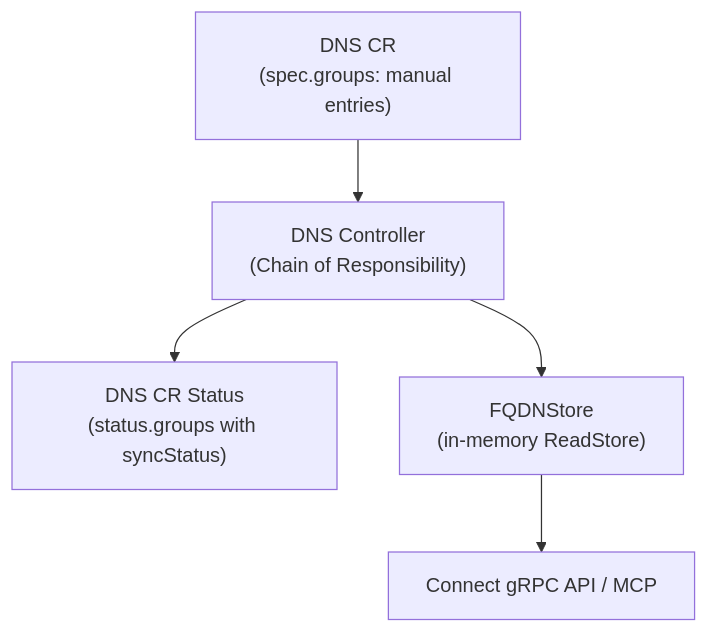
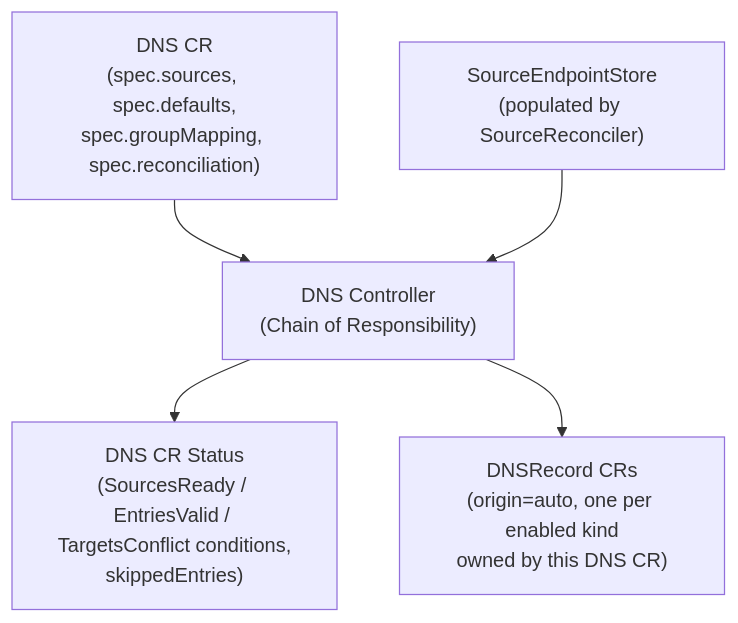
The first of 2 diagrams in docs/content/docs/flows/dns-controller.md (golgoth31/sreportal), drawn with Mermaid before and after one commit. The commit also changed other lines of this file and 4 other files, not shown here.

First line of the commit message:
docs: update configuration and DNS/DNSRecord flows for v1alpha2 architecture (#335)

````diff
--- a/docs/content/docs/flows/dns-controller.md
+++ b/docs/content/docs/flows/dns-controller.md
@@ -10,7 +10,7 @@
 ```mermaid
 flowchart TD
-    DNS["DNS CR\n(spec.groups: manual entries)"] --> Chain["DNS Controller\n(Chain of Responsibility)"]
-    Chain --> Status["DNS CR Status\n(status.groups with syncStatus)"]
-    Chain --> Store["FQDNStore\n(in-memory ReadStore)"]
-    Store --> API["Connect gRPC API / MCP"]
+    DNS["DNS CR\n(spec.sources, spec.defaults,\nspec.groupMapping, spec.reconciliation)"] --> Chain["DNS Controller\n(Chain of Responsibility)"]
+    Store["SourceEndpointStore\n(populated by SourceReconciler)"] --> Chain
+    Chain --> Status["DNS CR Status\n(SourcesReady / EntriesValid / TargetsConflict conditions,\nskippedEntries)"]
+    Chain --> DNSRecords["DNSRecord CRs\n(origin=auto, one per enabled kind\nowned by this DNS CR)"]
 ```
````
